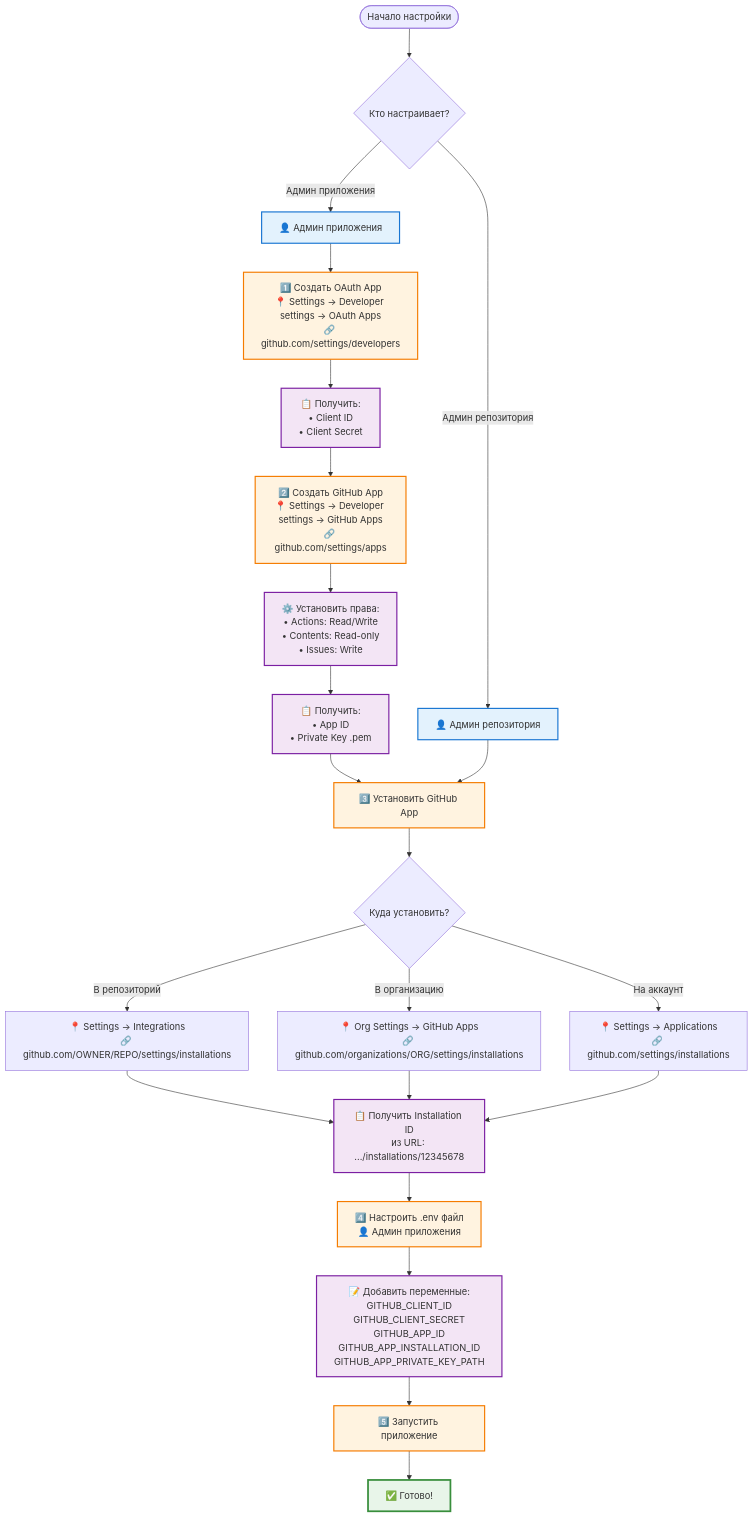
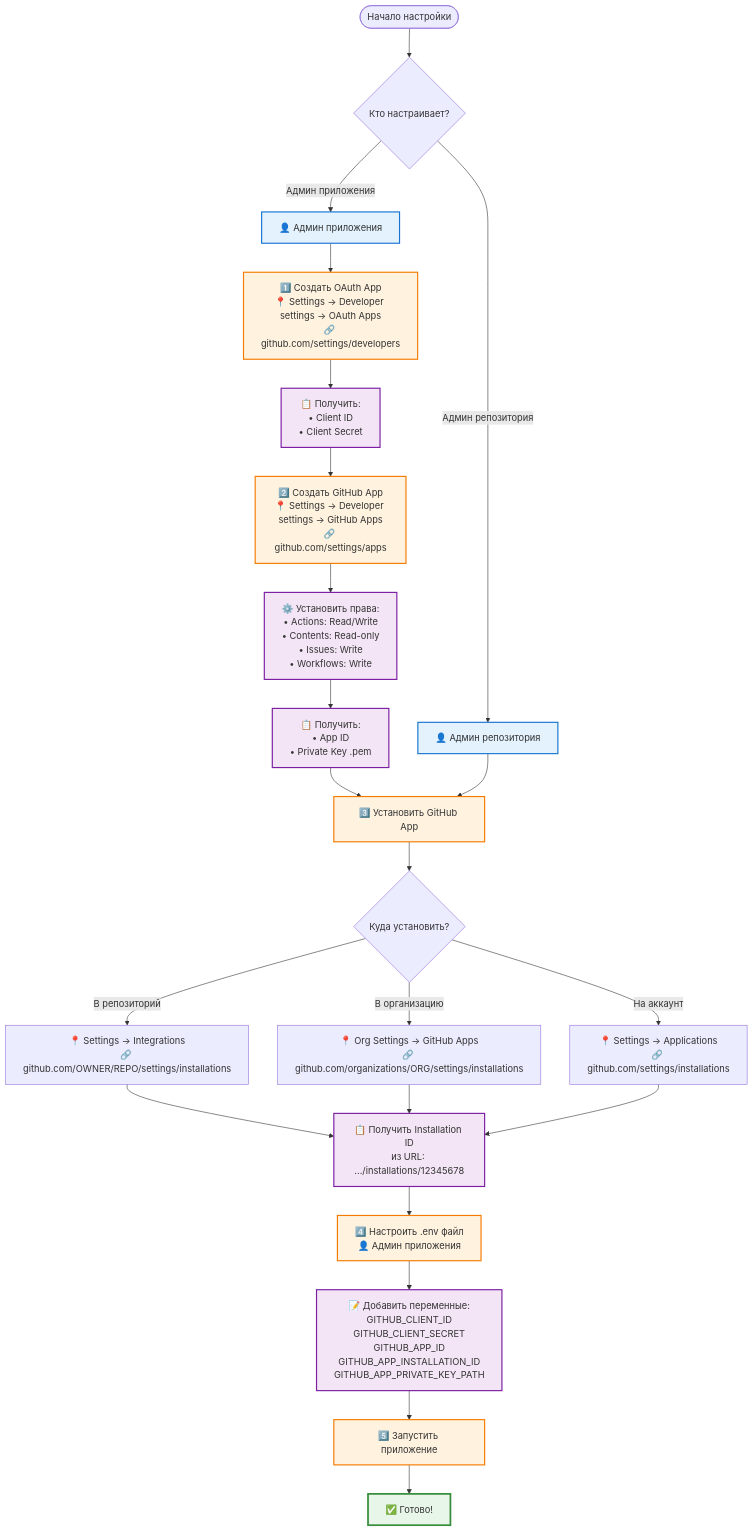
Before and after one commit to ydb-platform/github_action_executor: the third of 3 diagrams in README.md, drawn with Mermaid. The commit also changed other lines of this file and 2 other files, not shown here.

````diff
--- a/README.md
+++ b/README.md
@@ -179,42 +179,42 @@
 ```mermaid
 flowchart TD
     Start([Начало настройки]) --> Who{Кто настраивает?}
     
     Who -->|Админ приложения| AdminApp[👤 Админ приложения]
     Who -->|Админ репозитория| AdminRepo[👤 Админ репозитория]
     
     AdminApp --> Step1[1️⃣ Создать OAuth App<br/>📍 Settings → Developer settings → OAuth Apps<br/>🔗 github.com/settings/developers]
     Step1 --> GetOAuth[📋 Получить:<br/>• Client ID<br/>• Client Secret]
     
     GetOAuth --> Step2[2️⃣ Создать GitHub App<br/>📍 Settings → Developer settings → GitHub Apps<br/>🔗 github.com/settings/apps]
-    Step2 --> SetPerms[⚙️ Установить права:<br/>• Actions: Read/Write<br/>• Contents: Read-only<br/>• Issues: Write]
+    Step2 --> SetPerms[⚙️ Установить права:<br/>• Actions: Read/Write<br/>• Contents: Read-only<br/>• Issues: Write<br/>• Workflows: Write]
     SetPerms --> GetAppCreds[📋 Получить:<br/>• App ID<br/>• Private Key .pem]
     
     GetAppCreds --> Step3[3️⃣ Установить GitHub App]
     AdminRepo --> Step3
     
     Step3 --> Choose{Куда установить?}
     Choose -->|В репозиторий| Repo[📍 Settings → Integrations<br/>🔗 github.com/OWNER/REPO/settings/installations]
     Choose -->|В организацию| Org[📍 Org Settings → GitHub Apps<br/>🔗 github.com/organizations/ORG/settings/installations]
     Choose -->|На аккаунт| Account[📍 Settings → Applications<br/>🔗 github.com/settings/installations]
     
     Repo --> GetInstallID[📋 Получить Installation ID<br/>из URL: .../installations/12345678]
     Org --> GetInstallID
     Account --> GetInstallID
     
     GetInstallID --> Step4[4️⃣ Настроить .env файл<br/>👤 Админ приложения]
     Step4 --> EnvVars[📝 Добавить переменные:<br/>GITHUB_CLIENT_ID<br/>GITHUB_CLIENT_SECRET<br/>GITHUB_APP_ID<br/>GITHUB_APP_INSTALLATION_ID<br/>GITHUB_APP_PRIVATE_KEY_PATH]
     
     EnvVars --> Step5[5️⃣ Запустить приложение]
     Step5 --> Ready[✅ Готово!]
     
     classDef admin fill:#e3f2fd,stroke:#1976d2,stroke-width:2px
     classDef step fill:#fff3e0,stroke:#f57c00,stroke-width:2px
     classDef action fill:#f3e5f5,stroke:#7b1fa2,stroke-width:2px
     classDef success fill:#e8f5e9,stroke:#388e3c,stroke-width:3px
     
     class AdminApp,AdminRepo admin
     class Step1,Step2,Step3,Step4,Step5 step
     class GetOAuth,SetPerms,GetAppCreds,GetInstallID,EnvVars action
     class Ready success
 ```
````
